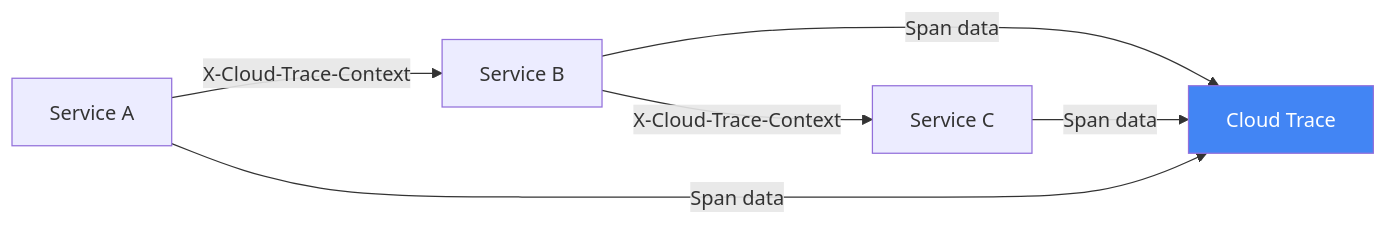
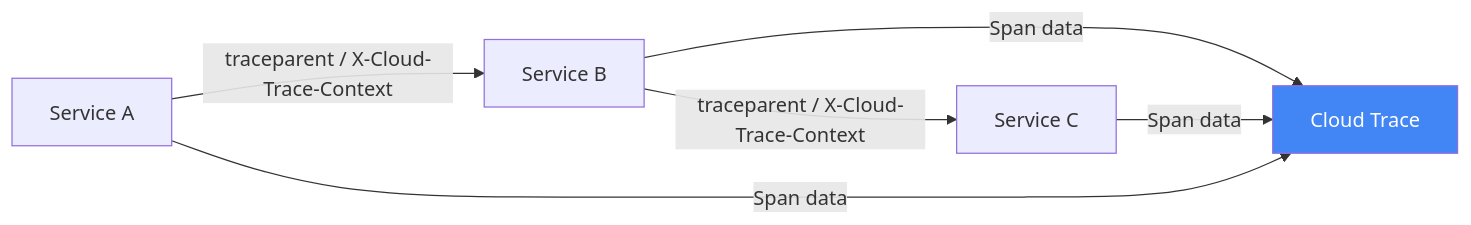
The first of 2 diagrams in posts/2026-02-17-how-to-implement-middleware-for-cloud-trace-propagation-in-a-go-http-service-on-cloud-run/README.md (OneUptime/blog), drawn with Mermaid before and after one commit. The commit also changed other lines of this file and 2 other files, not shown here.

Commit message:
validate: 2026-02-17-how-to-implement-middleware-for-cloud-trace-propagation-in-a-go-http-service-on-cloud-run

````diff
--- a/posts/2026-02-17-how-to-implement-middleware-for-cloud-trace-propagation-in-a-go-http-service-on-cloud-run/README.md
+++ b/posts/2026-02-17-how-to-implement-middleware-for-cloud-trace-propagation-in-a-go-http-service-on-cloud-run/README.md
@@ -23,10 +23,10 @@
 ```mermaid
 flowchart LR
-    A[Service A] -->|X-Cloud-Trace-Context| B[Service B]
-    B -->|X-Cloud-Trace-Context| C[Service C]
+    A[Service A] -->|traceparent / X-Cloud-Trace-Context| B[Service B]
+    B -->|traceparent / X-Cloud-Trace-Context| C[Service C]
     B -->|Span data| CT[Cloud Trace]
     C -->|Span data| CT
     A -->|Span data| CT
 
     style CT fill:#4285F4,color:#fff
 ```
````
